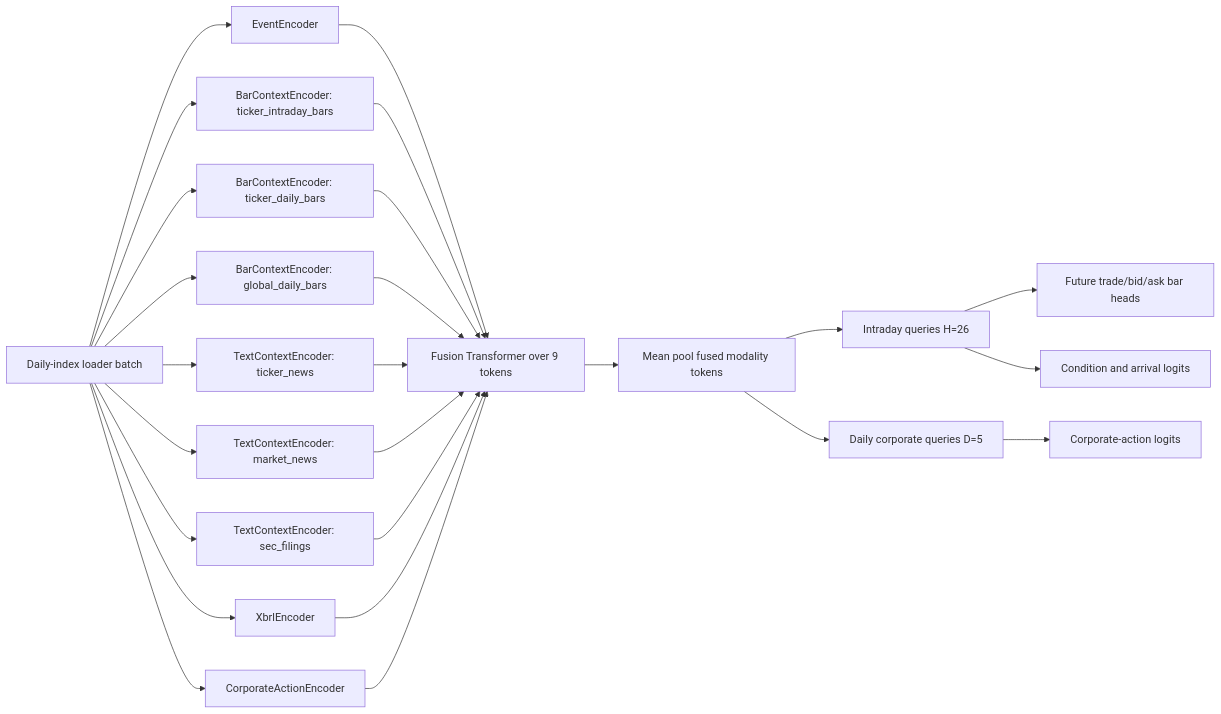
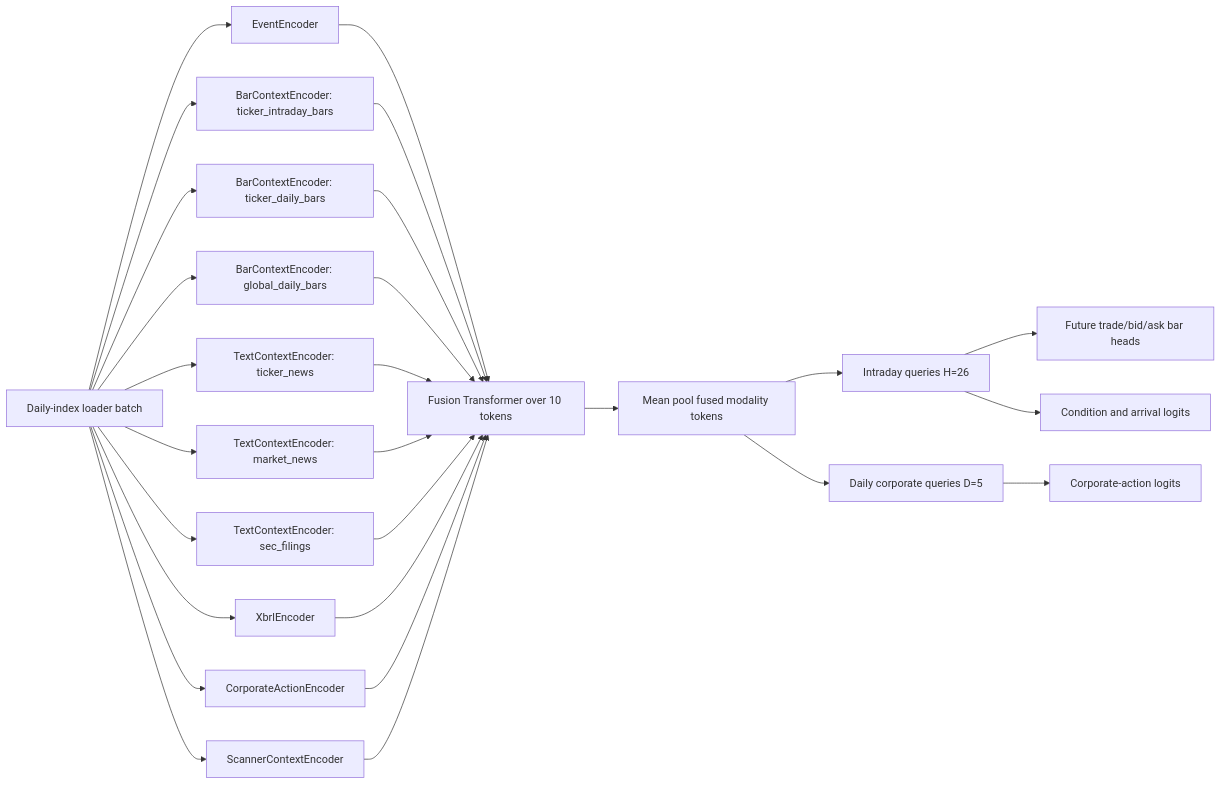
Before and after one commit to farajimhd/quant-research-workbench: the diagram in research/temporal_event_model/v3/TRAINER_MODEL_DESIGN_GUIDE.md, drawn with Mermaid. The commit also changed other lines of this file and 9 other files, not shown here.

Commit message:
feat: add scanner context and day-scheduled v3 training

````diff
--- a/research/temporal_event_model/v3/TRAINER_MODEL_DESIGN_GUIDE.md
+++ b/research/temporal_event_model/v3/TRAINER_MODEL_DESIGN_GUIDE.md
@@ -500,29 +504,31 @@
 ```mermaid
 flowchart LR
   B["Daily-index loader batch"] --> E["EventEncoder"]
   B --> IB["BarContextEncoder: ticker_intraday_bars"]
   B --> DB["BarContextEncoder: ticker_daily_bars"]
   B --> GB["BarContextEncoder: global_daily_bars"]
   B --> TN["TextContextEncoder: ticker_news"]
   B --> MN["TextContextEncoder: market_news"]
   B --> SEC["TextContextEncoder: sec_filings"]
   B --> X["XbrlEncoder"]
   B --> CA["CorporateActionEncoder"]
+  B --> SC["ScannerContextEncoder"]
 
-  E --> F["Fusion Transformer over 9 tokens"]
+  E --> F["Fusion Transformer over 10 tokens"]
   IB --> F
   DB --> F
   GB --> F
   TN --> F
   MN --> F
   SEC --> F
   X --> F
   CA --> F
+  SC --> F
 
   F --> P["Mean pool fused modality tokens"]
   P --> IQ["Intraday queries H=26"]
   P --> DQ["Daily corporate queries D=5"]
   IQ --> FB["Future trade/bid/ask bar heads"]
   IQ --> IL["Condition and arrival logits"]
   DQ --> CL["Corporate-action logits"]
 ```
````
